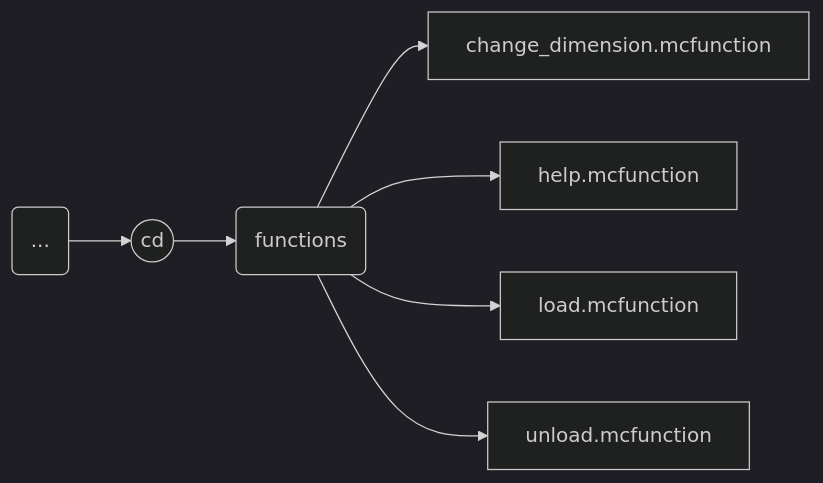
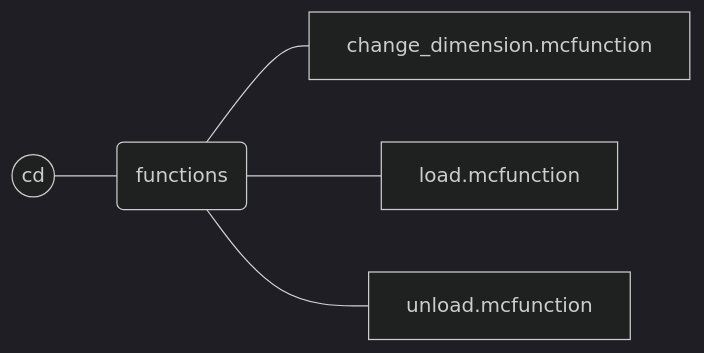
One commit to Srymm/creative_dimension changed the first of 2 diagrams in README.md. Above: the diagram before and after it, drawn with Mermaid (dark theme). The commit also changed other lines of this file and 15 other files, not shown here.

````diff
--- a/README.md
+++ b/README.md
@@ -17,9 +24,7 @@
 ```mermaid
 graph LR
-DATA(...)
-DATA --> CD((cd)) --> INTERFACE(functions)
-                      INTERFACE --> A[change_dimension.mcfunction]
-                      INTERFACE --> B[help.mcfunction]
-                      INTERFACE --> C[load.mcfunction]
-                      INTERFACE --> D[unload.mcfunction]
+CD((cd)) --- INTERFACE(functions)
+             INTERFACE --- A[change_dimension.mcfunction]
+             INTERFACE --- C[load.mcfunction]
+             INTERFACE --- D[unload.mcfunction]
 ```
````
